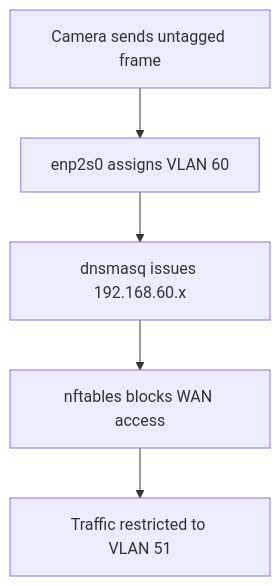
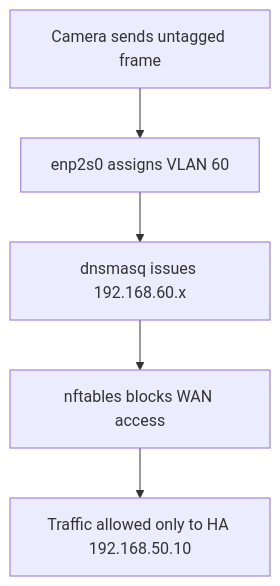
The fourth of 8 diagrams in SOFTWARE.md (GEMISIS/home-network-setup), drawn with Mermaid before and after one commit. The commit also changed other lines of this file and 10 other files, not shown here.

````diff
--- a/SOFTWARE.md
+++ b/SOFTWARE.md
@@ -92,7 +89,7 @@
 ```mermaid
 flowchart TD
     A[Camera sends untagged frame] --> B[enp2s0 assigns VLAN 60]
     B --> C[dnsmasq issues 192.168.60.x]
     C --> D[nftables blocks WAN access]
-    D --> E[Traffic restricted to VLAN 51]
+    D --> E[Traffic allowed only to HA 192.168.50.10]
 ```
````
